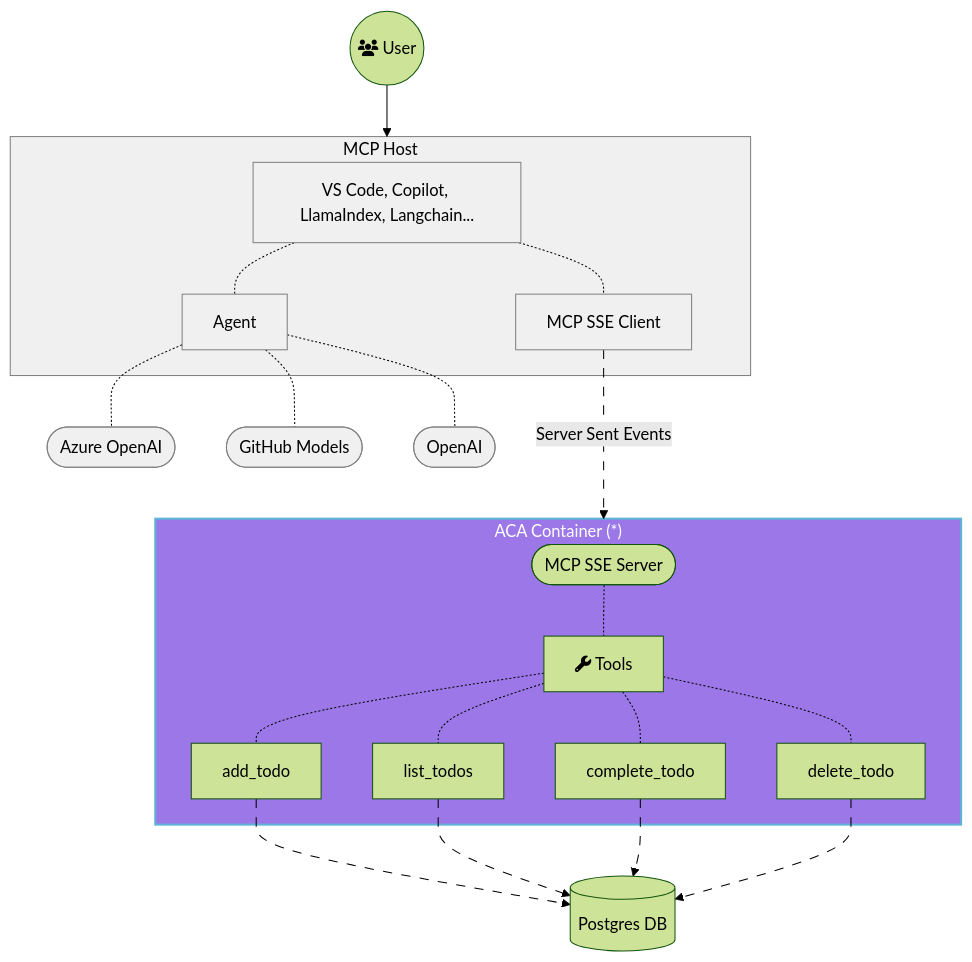
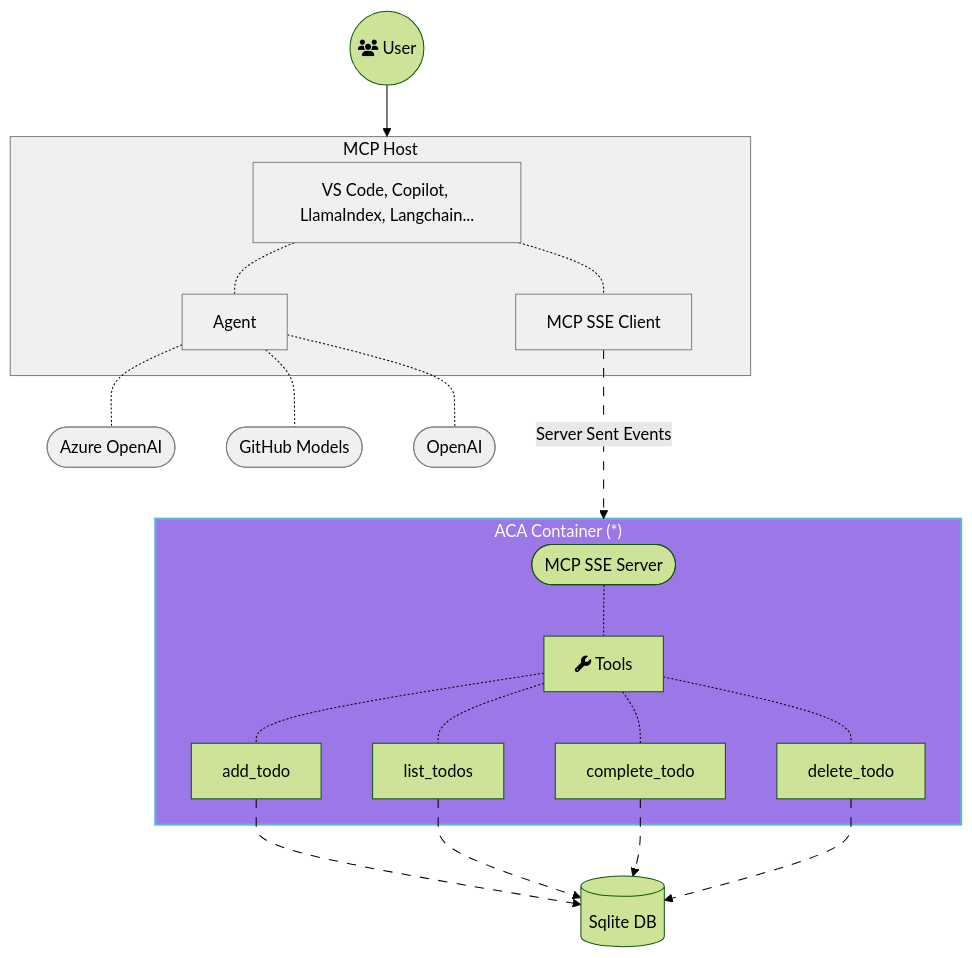
Before and after one commit to jaganraajan/mcp-container-ts: the diagram in README.md, drawn with Mermaid (forest theme). The commit also changed other lines of this file and 7 other files, not shown here.

````diff
--- a/README.md
+++ b/README.md
@@ -32,60 +32,59 @@
 ```mermaid
 flowchart TD
     user(("fa:fa-users User"))
     host["VS Code, Copilot, LlamaIndex, Langchain..."]
     client[MCP SSE Client]
     agent[Agent]
     AzureOpenAI([Azure OpenAI])
     GitHub([GitHub Models])
     OpenAI([OpenAI])
     server([MCP SSE Server])
     tools["fa:fa-wrench Tools"]
-    db[(Postgres DB)]
+    db[(Sqlite DB)]
 
     user --> hostGroup 
     subgraph hostGroup["MCP Host"]
         host -.- client & agent
     end
     
     agent -.- AzureOpenAI & GitHub & OpenAI
     
     client a@ ---> |"Server Sent Events"| container
 
     subgraph container["ACA Container (*)"]
       server -.- tools
       tools -.- add_todo 
       tools -.- list_todos
       tools -.- complete_todo
       tools -.- delete_todo
     end
 
     add_todo b@ --> db
     list_todos c@--> db
     complete_todo d@ --> db
     delete_todo e@ --> db
     
     %% styles
 
     classDef animate stroke-dasharray: 9,5,stroke-dashoffset: 900,animation: dash 25s linear infinite;
 
     classDef highlight fill:#9B77E8,color:#fff,stroke:#5EB4D8,stroke-width:2px
     
     classDef dim fill:#f0f0f0,color:#000,stroke:gray,stroke-width:1px
     
     class a animate
     class b animate
     class c animate
     class d animate
     class e animate
 
     class hostGroup dim
     class host dim
     class client dim
     class agent dim
     class GitHub dim
     class AzureOpenAI dim
     class OpenAI dim
     class container highlight
 
-
 ```
````
